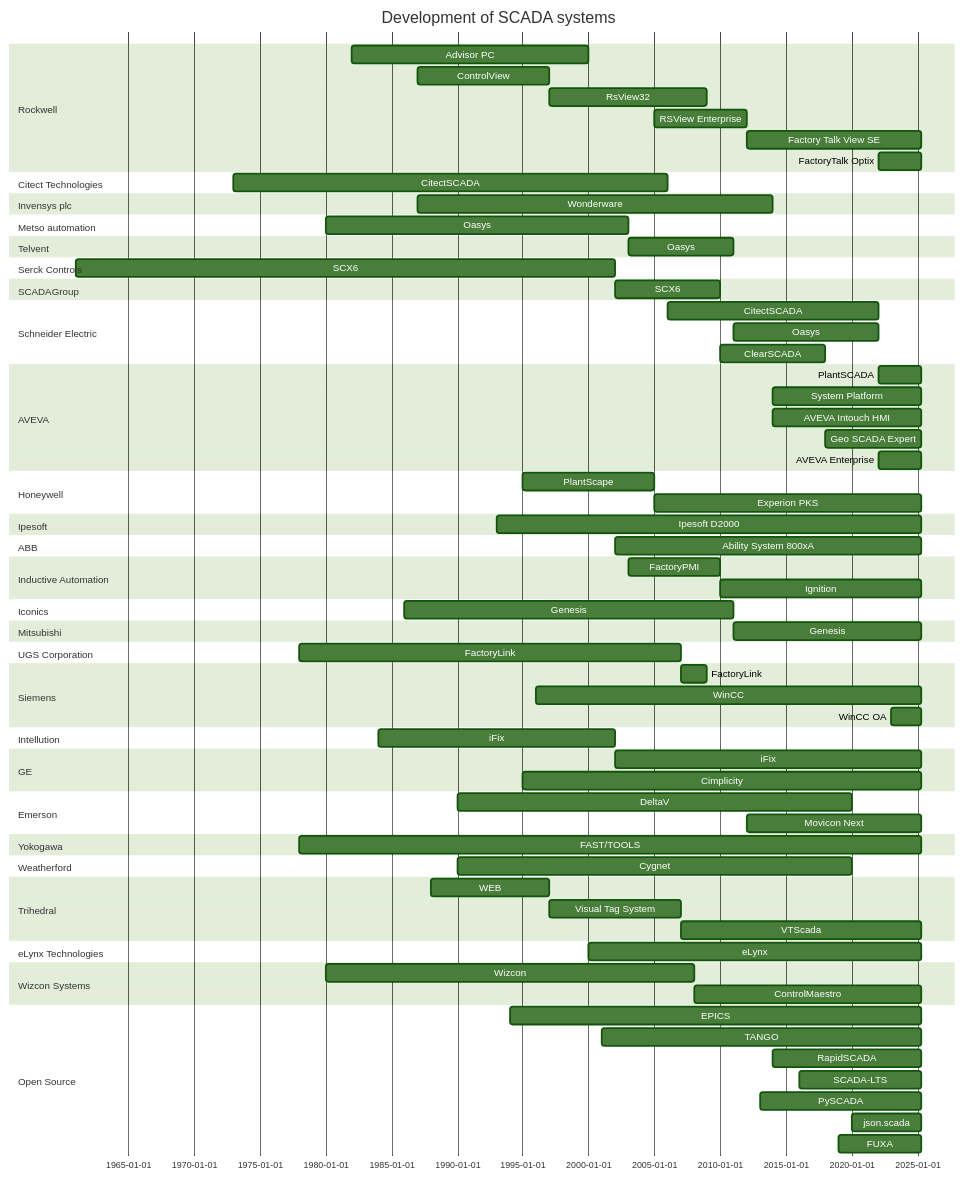
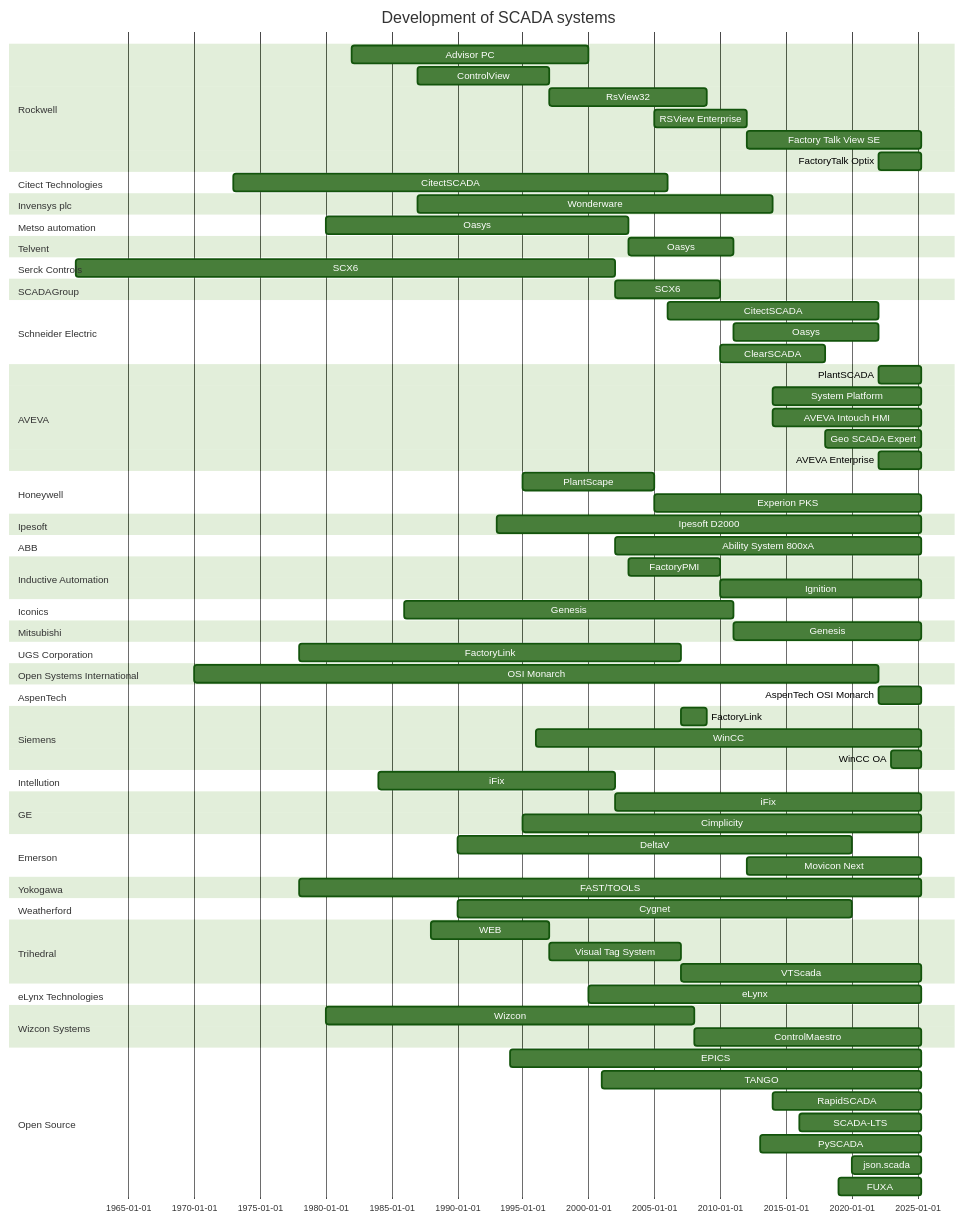
Before and after one commit to hutcheb/scada-timeline: the diagram in README.md, drawn with Mermaid (forest theme).

Commit message:
feat: Add OSI Monach

```diff
--- a/README.md
+++ b/README.md
@@ -69,6 +69,12 @@
     section UGS Corporation
         %%(https://drivesncontrols.com/siemens-ends-development-of-factorylink/)
         FactoryLink : factorylink, 1978, 2007
+    section Open Systems International
+        %%(https://en.wikipedia.org/wiki/Open_Systems_International)
+        OSI Monarch : osi_monach, 1970, 2022
+    section AspenTech
+        %%(https://en.wikipedia.org/wiki/Aspen_Technology)
+        AspenTech OSI Monarch : after osi_monach, until 2025
     section Siemens
         FactoryLink : after factorylink, 2009
         %%(https://en.wikipedia.org/wiki/WinCC)
```
